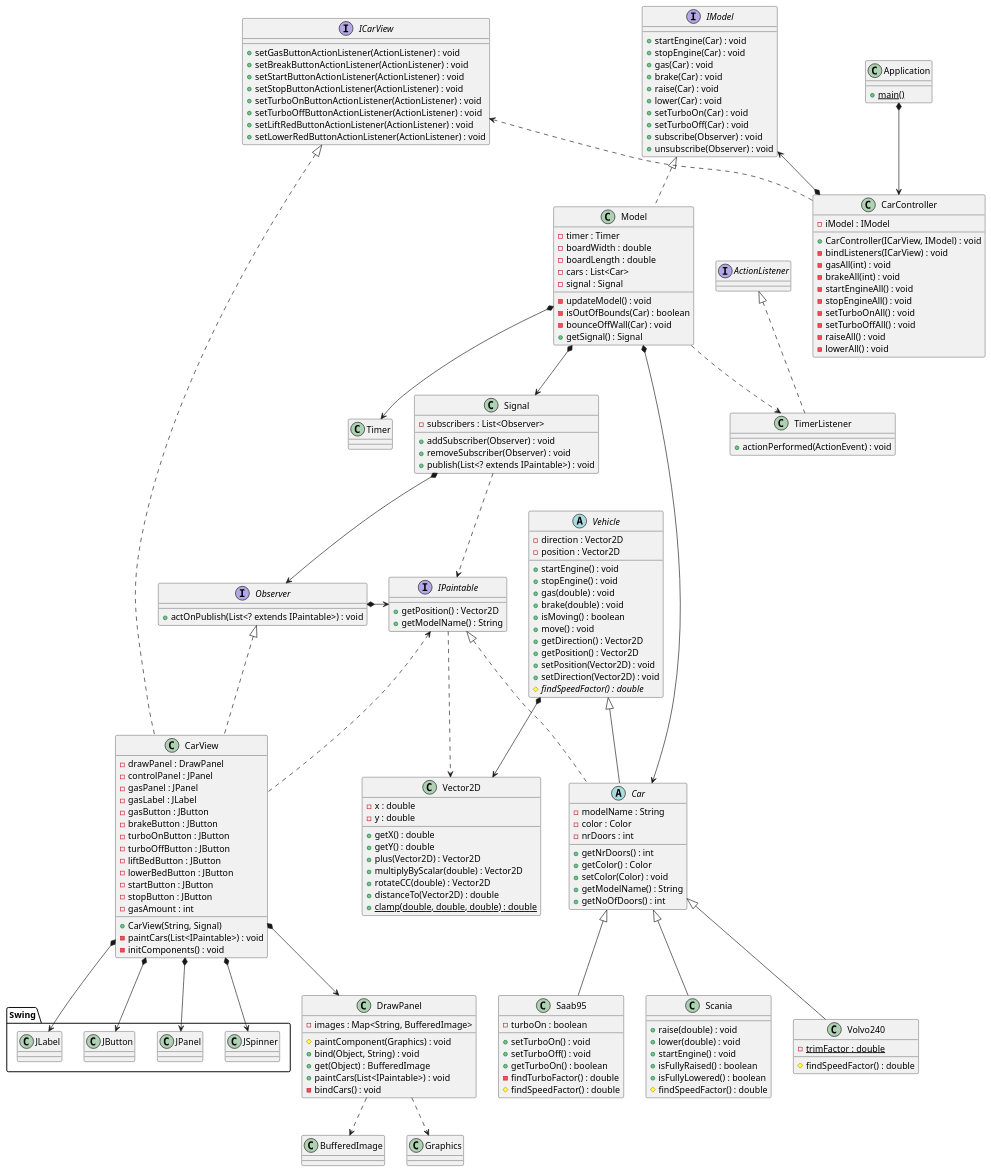
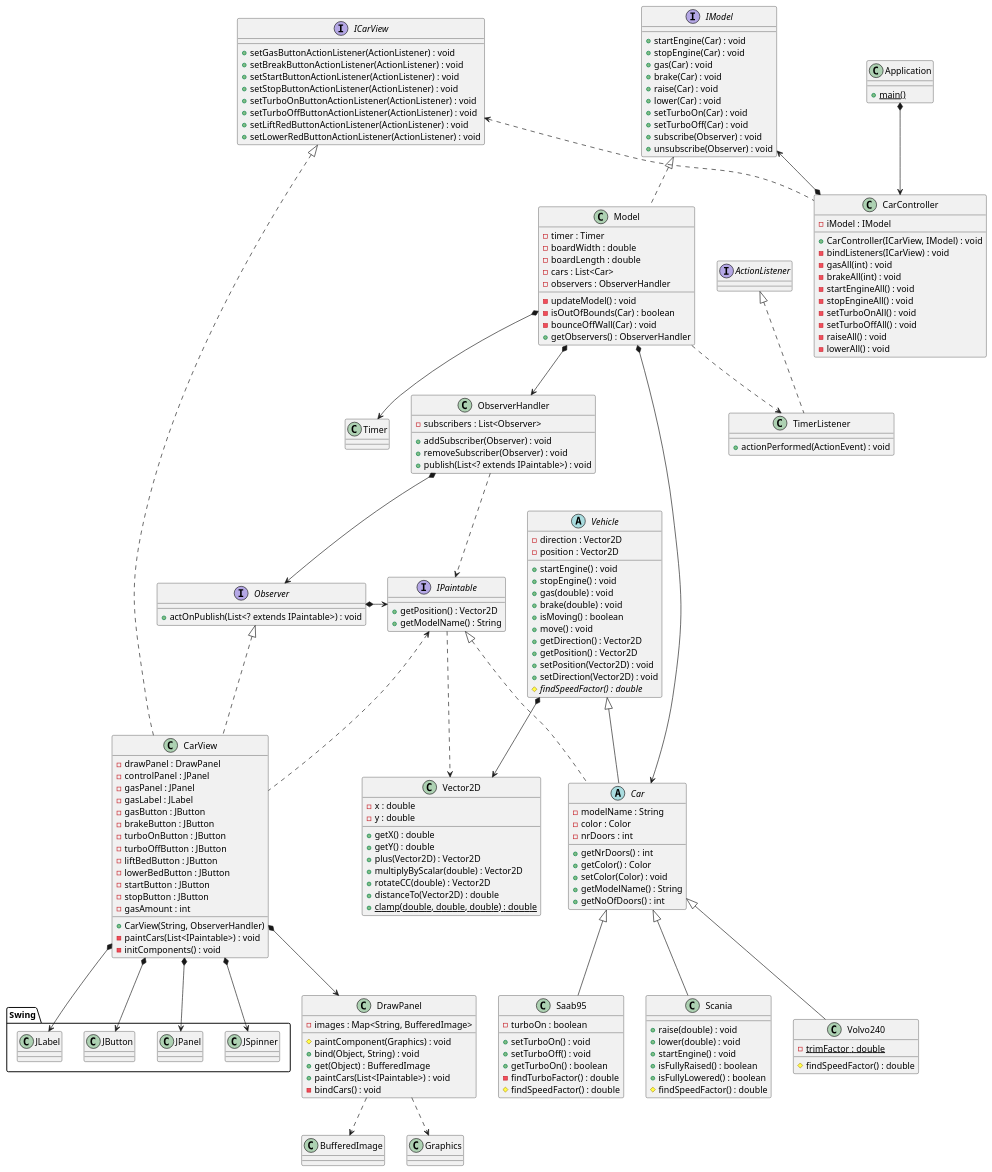
The diagram in src/Uppg4-Lab2A.puml (Yogaledare/dit953-lab2), drawn with PlantUML before and after one commit.

Commit message:
changed Signal to ObserverHandler, it's not a trafficLight

```diff
--- a/src/Uppg4-Lab2A.puml
+++ b/src/Uppg4-Lab2A.puml
@@ -27,11 +27,11 @@
 -boardWidth : double
 -boardLength : double
 -cars : List<Car>
--signal : Signal
+-observers : ObserverHandler
 -updateModel() : void
 -isOutOfBounds(Car) : boolean
 -bounceOffWall(Car) : void
-+getSignal() : Signal
++getObservers() : ObserverHandler
 }
 
 Model *--> Car
@@ -87,7 +87,7 @@
 - startButton : JButton
 - stopButton : JButton
 - gasAmount : int
-+ CarView(String, Signal)
++ CarView(String, ObserverHandler)
 - paintCars(List<IPaintable>) : void
 - initComponents() : void
 }
@@ -227,7 +227,7 @@
 
 Observer *-> IPaintable
 
-class Signal{
+class ObserverHandler{
 - subscribers : List<Observer>
 + addSubscriber(Observer) : void
 + removeSubscriber(Observer) : void
@@ -235,11 +235,11 @@
 }
 
 Observer <|.. CarView
-Model *--> Signal
+Model *--> ObserverHandler
 
 
-Signal *--> Observer
-Signal ..> IPaintable
+ObserverHandler *--> Observer
+ObserverHandler ..> IPaintable
 
 
 
```
